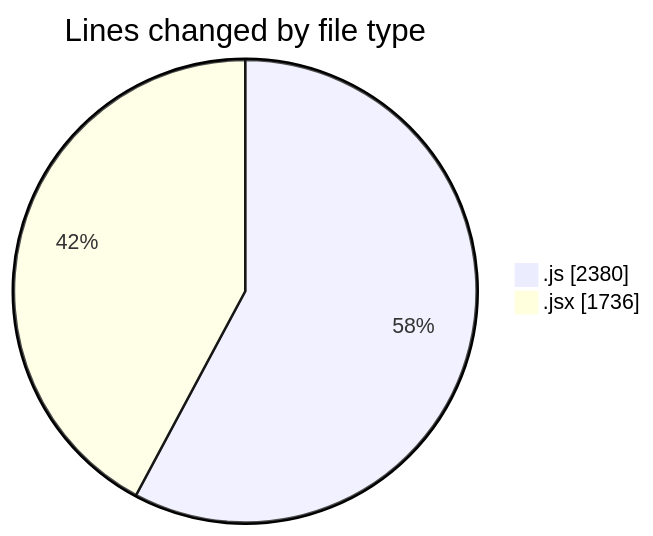
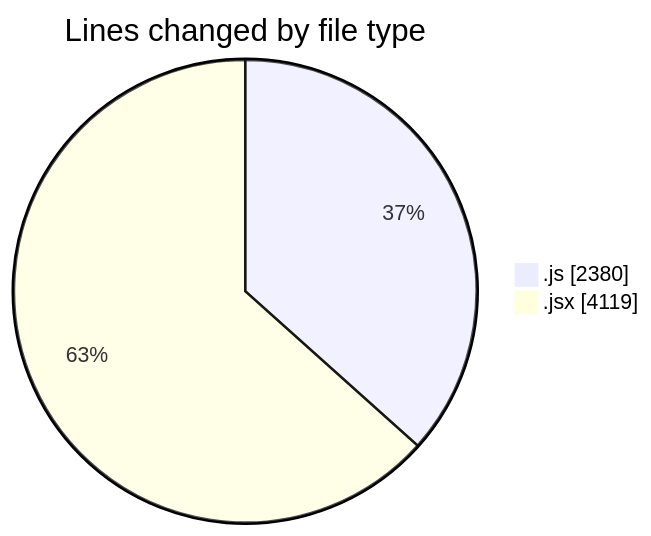
Before and after one commit to nxtqubesakshisongat/code-tracking: the first of 2 diagrams in 2026-01-04/nxtqube_webapp/README.md, drawn with Mermaid. The commit also changed other lines of this file and 1 other file, not shown here.

````diff
--- a/2026-01-04/nxtqube_webapp/README.md
+++ b/2026-01-04/nxtqube_webapp/README.md
@@ -21,6 +22,6 @@
 ```mermaid
 pie showData
 title Lines changed by file type
 ".js" : 2380
-".jsx" : 1736
+".jsx" : 4119
 ```
````
